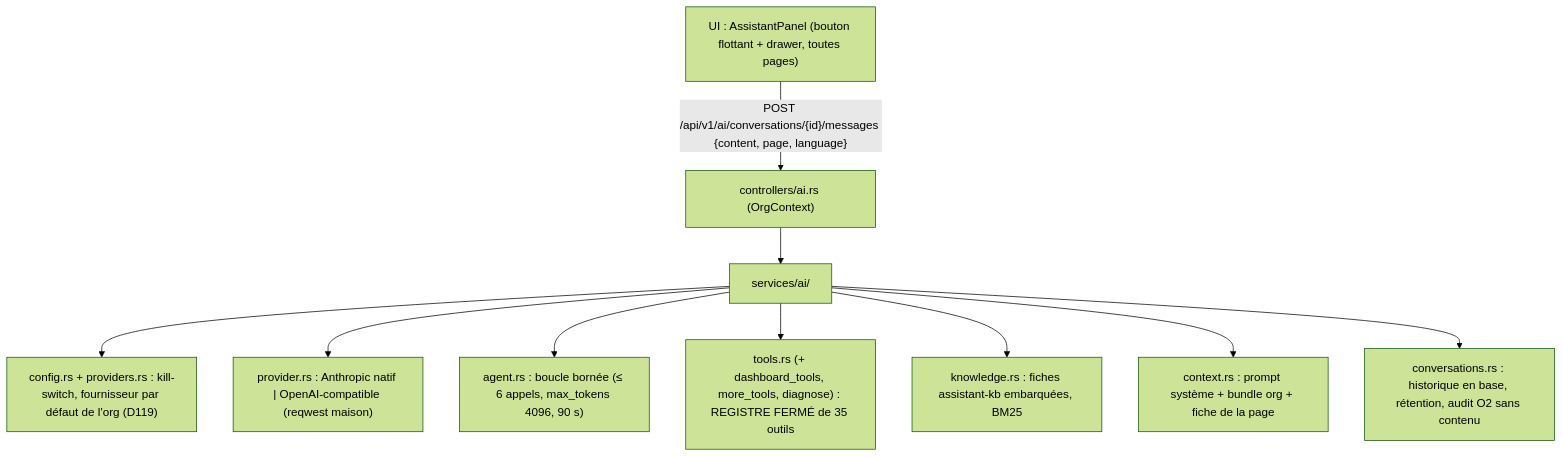
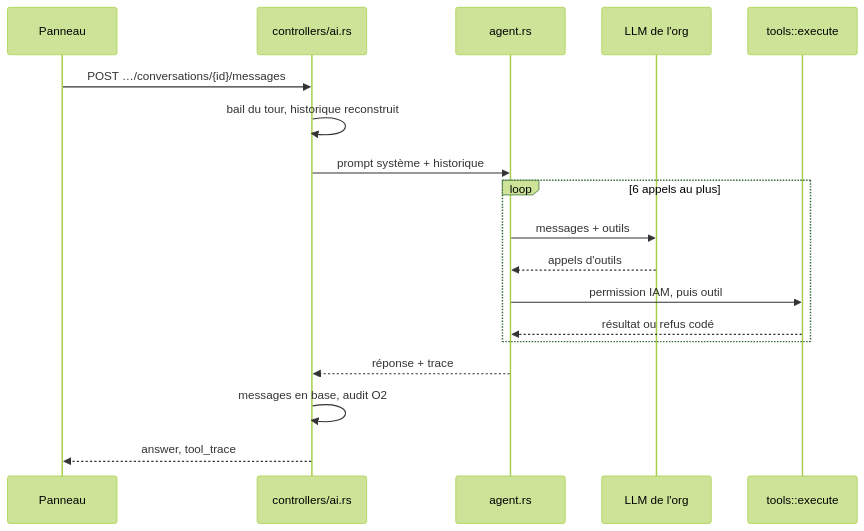
The second of 6 diagrams in docs/architecture/ai-assistant.md (Pnex/pnex-rs), drawn with Mermaid (forest theme) before and after one commit. The commit also changed other lines of this file, not shown here.

First line of the commit message:
docs(ai): rewrite ai-assistant in STE with diagrams

````diff
--- a/docs/architecture/ai-assistant.md
+++ b/docs/architecture/ai-assistant.md
@@ -38,13 +35,20 @@
 ```mermaid
-flowchart TD
-  UI["UI : AssistantPanel (bouton flottant + drawer, toutes pages)"]
-  UI -->|"POST /api/v1/ai/conversations/{id}/messages {content, page, language}"| C["controllers/ai.rs (OrgContext)"]
-  C --> S["services/ai/"]
-  S --> CFG["config.rs + providers.rs : kill-switch, fournisseur par défaut de l'org (D119)"]
-  S --> P["provider.rs : Anthropic natif | OpenAI-compatible (reqwest maison)"]
-  S --> A["agent.rs : boucle bornée (≤ 6 appels, max_tokens 4096, 90 s)"]
-  S --> T["tools.rs (+ dashboard_tools, more_tools, diagnose) : REGISTRE FERMÉ de 35 outils"]
-  S --> K["knowledge.rs : fiches assistant-kb embarquées, BM25"]
-  S --> X["context.rs : prompt système + bundle org + fiche de la page"]
-  S --> V["conversations.rs : historique en base, rétention, audit O2 sans contenu"]
+sequenceDiagram
+  participant UI as Panneau
+  participant C as controllers/ai.rs
+  participant A as agent.rs
+  participant L as LLM de l'org
+  participant T as tools::execute
+  UI->>C: POST …/conversations/{id}/messages
+  C->>C: bail du tour, historique reconstruit
+  C->>A: prompt système + historique
+  loop 6 appels au plus
+    A->>L: messages + outils
+    L-->>A: appels d'outils
+    A->>T: permission IAM, puis outil
+    T-->>A: résultat ou refus codé
+  end
+  A-->>C: réponse + trace
+  C->>C: messages en base, audit O2
+  C-->>UI: answer, tool_trace
 ```
````
